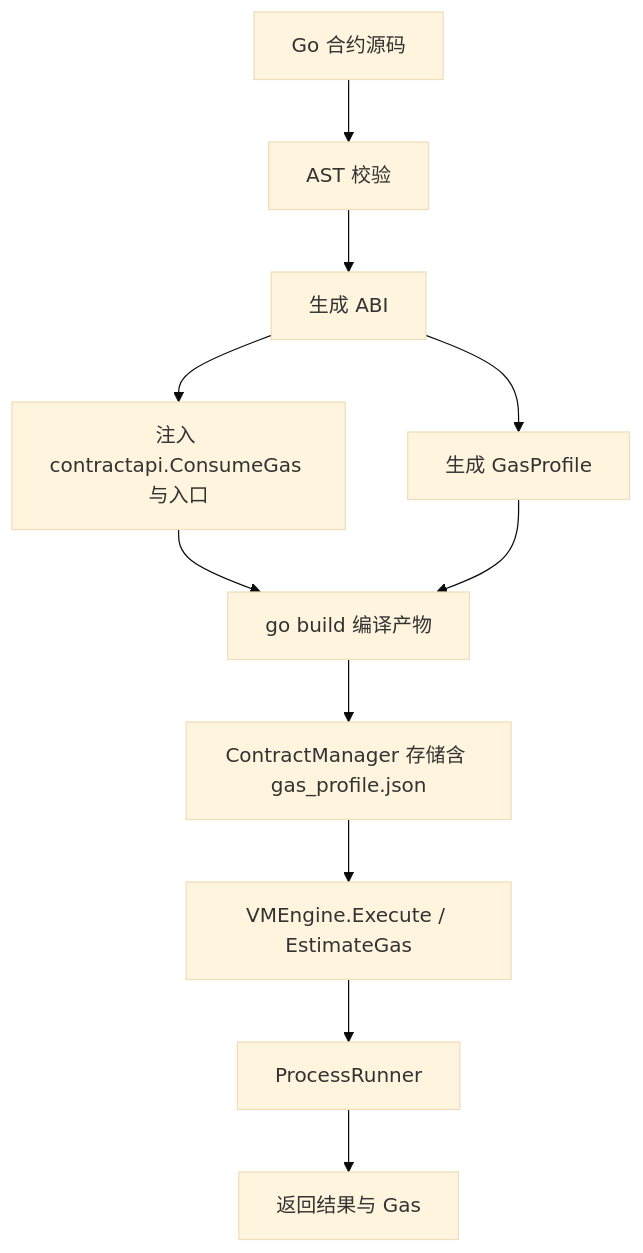
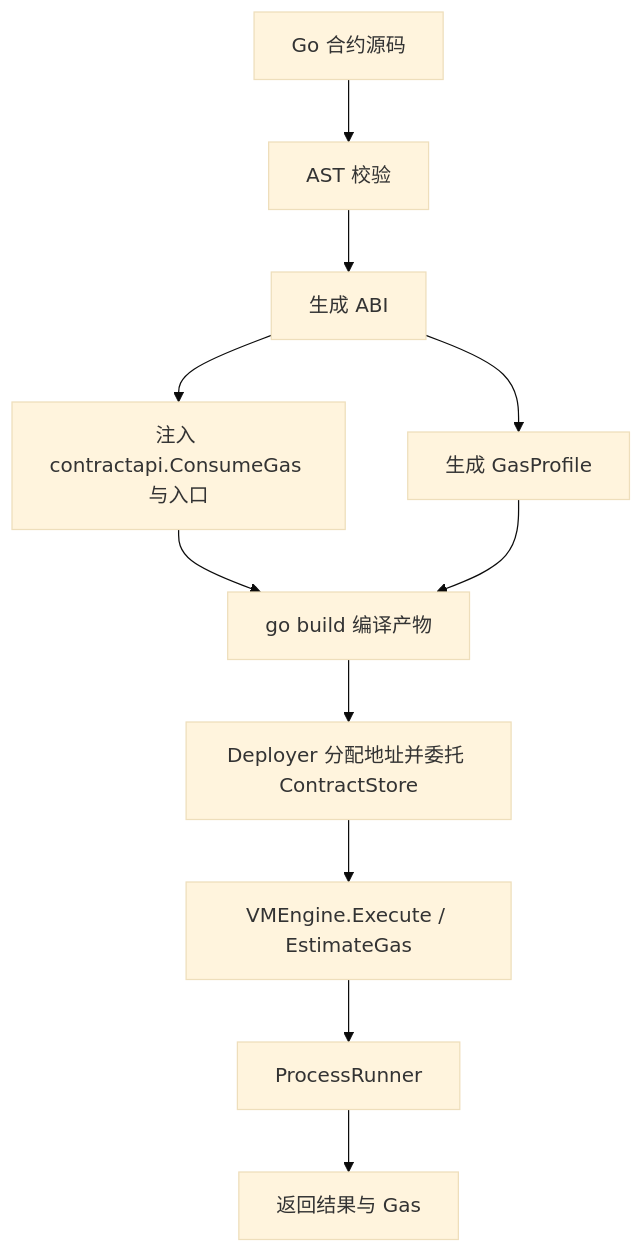
The diagram in docs/architecture.md (lengzhao/vm), drawn with Mermaid (base theme) before and after one commit. The commit also changed other lines of this file and 127 other files, not shown here.

````diff
--- a/docs/architecture.md
+++ b/docs/architecture.md
@@ -19,13 +19,13 @@
 ```mermaid
 flowchart TD
     Source[Go 合约源码] --> Validate[AST 校验]
     Validate --> ABI[生成 ABI]
     ABI --> Profile[生成 GasProfile]
     ABI --> Gas[注入 contractapi.ConsumeGas 与入口]
     Gas --> Build[go build 编译产物]
     Profile --> Build
-    Build --> Store[ContractManager 存储含 gas_profile.json]
+    Build --> Store[Deployer 分配地址并委托 ContractStore]
     Store --> Execute[VMEngine.Execute / EstimateGas]
     Execute --> Runner[ProcessRunner]
     Runner --> Result[返回结果与 Gas]
 ```
````
